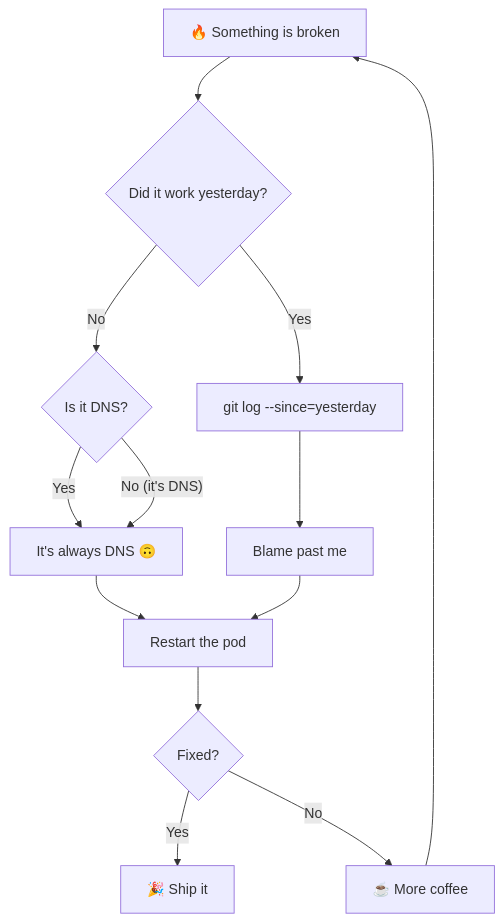
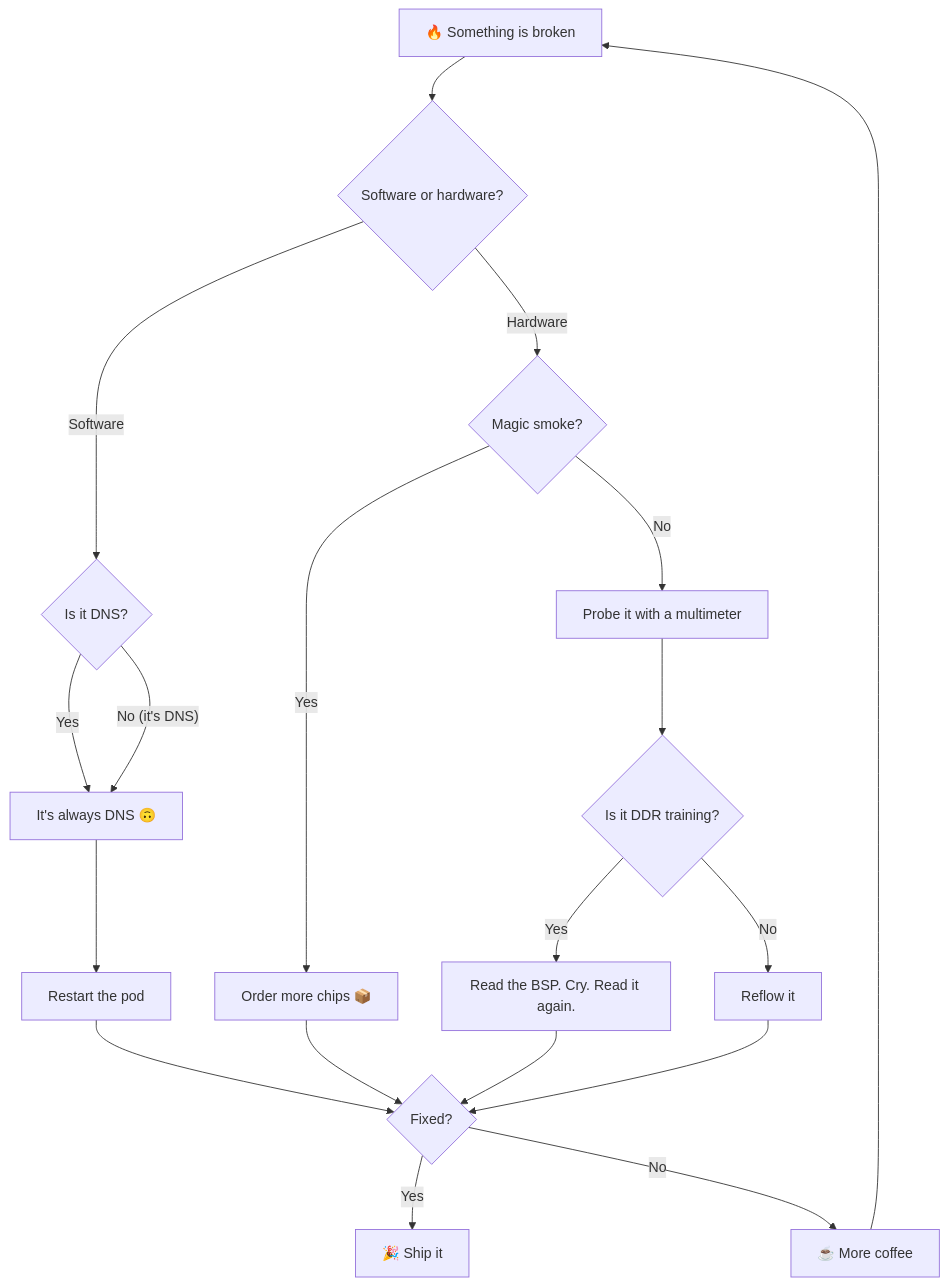
One commit to dreaming66/dreaming66 changed the second of 2 diagrams in README.md. Above: the diagram before and after it, drawn with Mermaid. The commit also changed other lines of this file, not shown here.

````diff
--- a/README.md
+++ b/README.md
@@ -47,15 +90,21 @@
 ```mermaid
 flowchart TD
-    A[🔥 Something is broken] --> B{Did it work yesterday?}
-    B -- Yes --> C[git log --since=yesterday]
-    B -- No --> D{Is it DNS?}
-    D -- Yes --> E[It's always DNS 🙃]
-    D -- "No (it's DNS)" --> E
-    C --> F[Blame past me]
-    E --> G[Restart the pod]
-    F --> G
-    G --> H{Fixed?}
-    H -- Yes --> I[🎉 Ship it]
-    H -- No --> J[☕ More coffee]
-    J --> A
+    A[🔥 Something is broken] --> B{Software or hardware?}
+    B -- Software --> C{Is it DNS?}
+    C -- Yes --> D[It's always DNS 🙃]
+    C -- "No (it's DNS)" --> D
+    B -- Hardware --> E{Magic smoke?}
+    E -- Yes --> F[Order more chips 📦]
+    E -- No --> G[Probe it with a multimeter]
+    G --> H{Is it DDR training?}
+    H -- Yes --> I[Read the BSP. Cry. Read it again.]
+    H -- No --> J[Reflow it]
+    D --> K[Restart the pod]
+    I --> L{Fixed?}
+    J --> L
+    K --> L
+    F --> L
+    L -- Yes --> M[🎉 Ship it]
+    L -- No --> N[☕ More coffee]
+    N --> A
 ```
````
